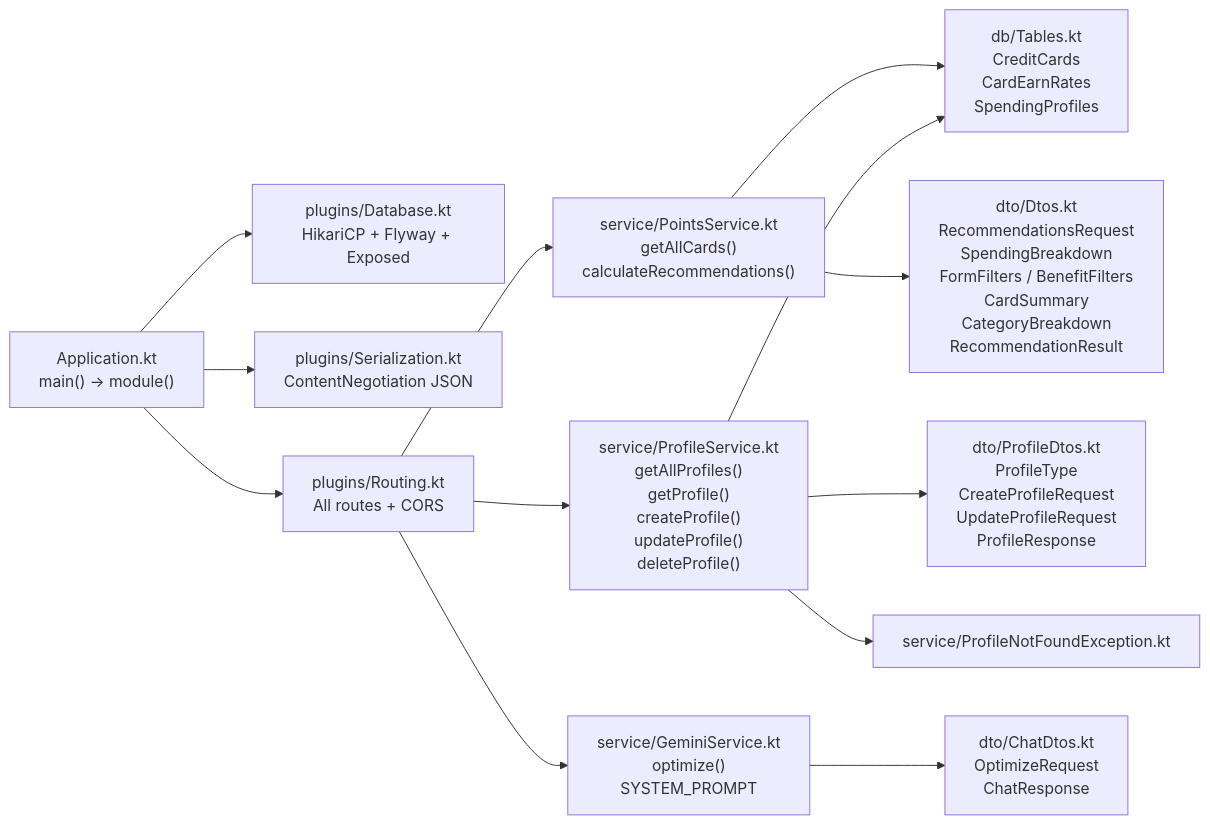
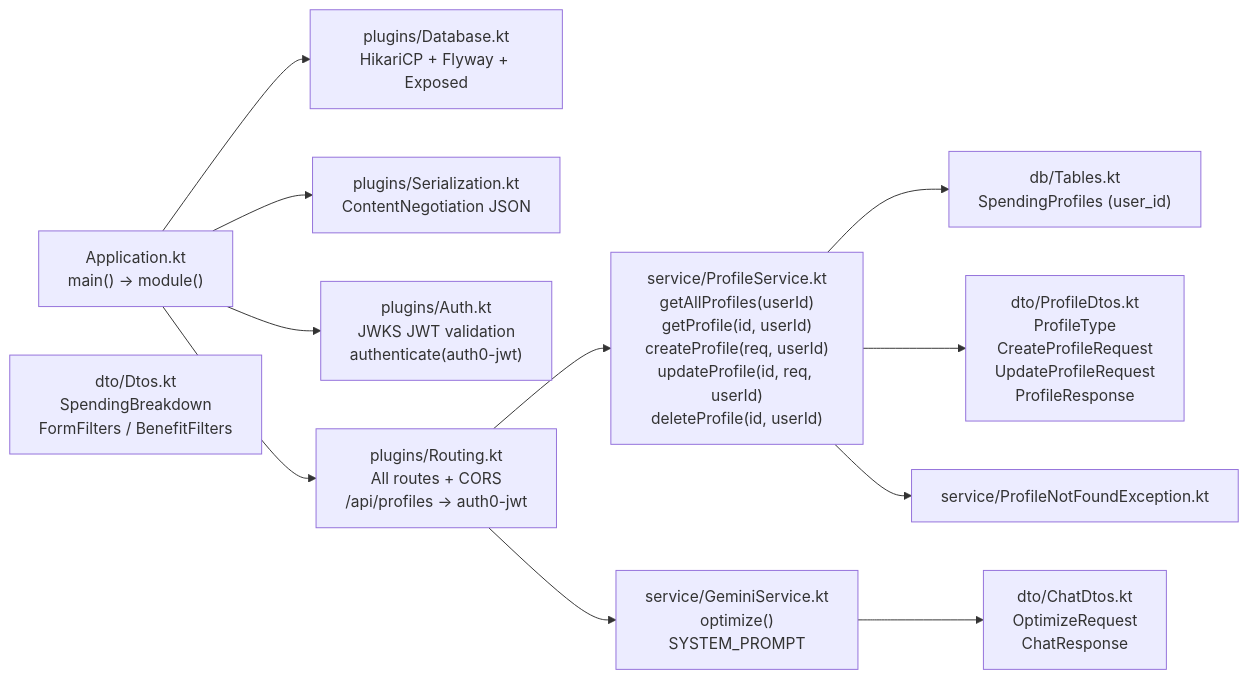
Before and after one commit to Yehdar/Canadian-Credit-Card-Points-Optimizer: the fifth of 5 diagrams in CLAUDE.md, drawn with Mermaid. The commit also changed other lines of this file and 2 other files, not shown here.

First line of the commit message:
docs: update README and CLAUDE.md to reflect Auth0 integration

````diff
--- a/CLAUDE.md
+++ b/CLAUDE.md
@@ -171,31 +147,29 @@
 ```mermaid
 graph LR
     App["Application.kt\nmain() → module()"]
     DB2["plugins/Database.kt\nHikariCP + Flyway + Exposed"]
     Ser["plugins/Serialization.kt\nContentNegotiation JSON"]
-    Rou["plugins/Routing.kt\nAll routes + CORS"]
+    Auth["plugins/Auth.kt\nJWKS JWT validation\nauthenticate(auth0-jwt)"]
+    Rou["plugins/Routing.kt\nAll routes + CORS\n/api/profiles → auth0-jwt"]
 
-    Tab["db/Tables.kt\nCreditCards\nCardEarnRates\nSpendingProfiles"]
+    Tab["db/Tables.kt\nSpendingProfiles (user_id)"]
 
-    Dtos["dto/Dtos.kt\nRecommendationsRequest\nSpendingBreakdown\nFormFilters / BenefitFilters\nCardSummary\nCategoryBreakdown\nRecommendationResult"]
+    Dtos["dto/Dtos.kt\nSpendingBreakdown\nFormFilters / BenefitFilters"]
     PDtos["dto/ProfileDtos.kt\nProfileType\nCreateProfileRequest\nUpdateProfileRequest\nProfileResponse"]
     CDtos["dto/ChatDtos.kt\nOptimizeRequest\nChatResponse"]
 
-    PtSvc["service/PointsService.kt\ngetAllCards()\ncalculateRecommendations()"]
-    PrSvc["service/ProfileService.kt\ngetAllProfiles()\ngetProfile()\ncreateProfile()\nupdateProfile()\ndeleteProfile()"]
+    PrSvc["service/ProfileService.kt\ngetAllProfiles(userId)\ngetProfile(id, userId)\ncreateProfile(req, userId)\nupdateProfile(id, req, userId)\ndeleteProfile(id, userId)"]
     GemSvc["service/GeminiService.kt\noptimize()\nSYSTEM_PROMPT"]
     PNF["service/ProfileNotFoundException.kt"]
 
     App --> DB2
     App --> Ser
+    App --> Auth
     App --> Rou
-    Rou --> PtSvc
     Rou --> PrSvc
     Rou --> GemSvc
-    PtSvc --> Tab
-    PtSvc --> Dtos
     PrSvc --> Tab
     PrSvc --> PDtos
     PrSvc --> PNF
     GemSvc --> CDtos
 ```
````
